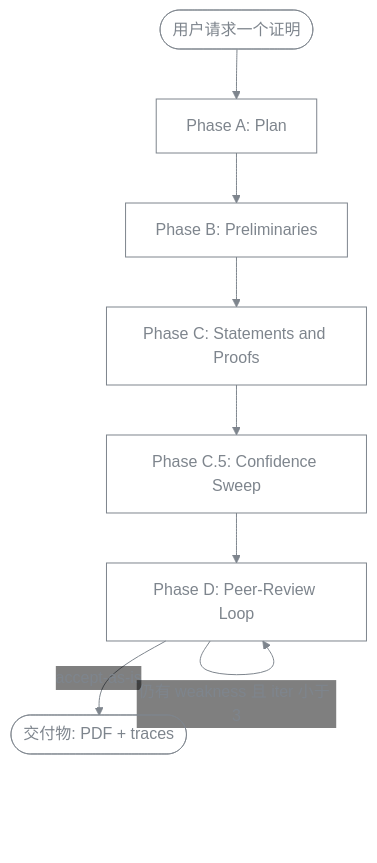
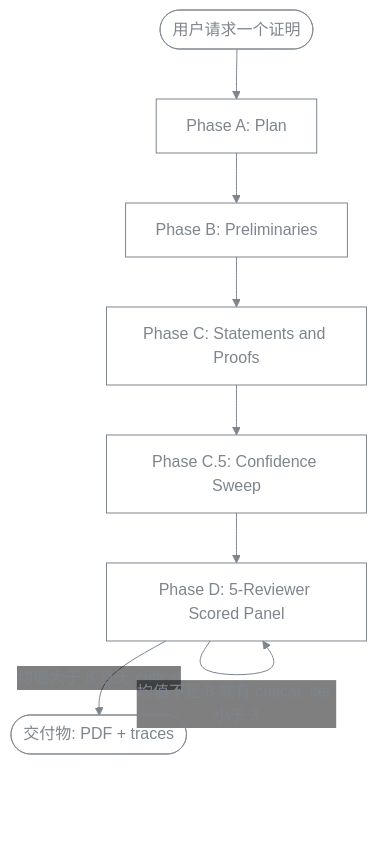
One commit to ChristianYang37/DLT-Proof-Writing-Skill changed the first of 2 diagrams in README.zh.md. Above: the diagram before and after it, drawn with Mermaid. The commit also changed other lines of this file and 357 other files, not shown here.

````diff
--- a/README.zh.md
+++ b/README.zh.md
@@ -44,12 +46,12 @@
 ```mermaid
 %%{init: {'theme':'base','themeVariables':{'primaryColor':'transparent','primaryTextColor':'#7e858d','primaryBorderColor':'#7e858d','lineColor':'#7e858d','secondaryColor':'transparent','tertiaryColor':'transparent'}}}%%
 flowchart TD
     Start([用户请求一个证明]) --> A
     A[Phase A: Plan] --> B
     B[Phase B: Preliminaries] --> C
     C[Phase C: Statements and Proofs] --> CC
     CC[Phase C.5: Confidence Sweep] --> D
-    D[Phase D: Peer-Review Loop]
-    D -->|accept-as-is| Out([交付物: PDF + traces])
-    D -->|仍有 weakness 且 iter 小于 3| D
+    D[Phase D: 5-Reviewer Scored Panel]
+    D -->|均值大于 8 且无 critical| Out([交付物: PDF + traces])
+    D -->|均值不足 8 或有 critical, iter 小于 3| D
 ```
````
